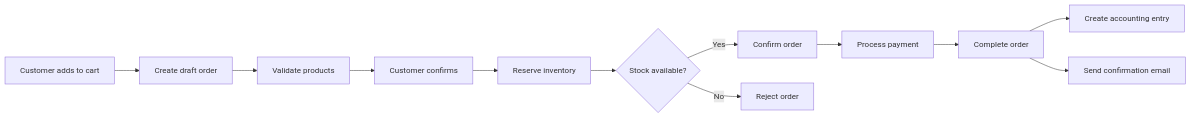
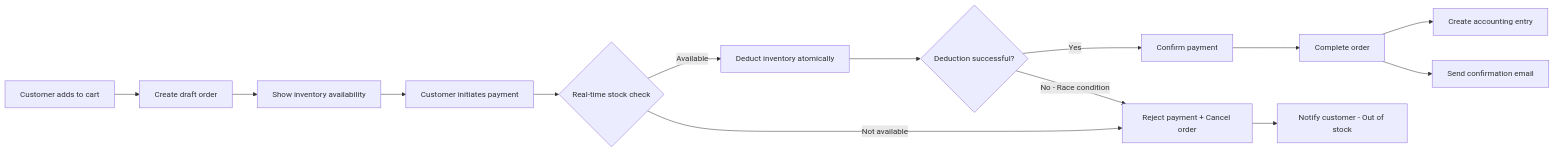
The first of 3 diagrams in docs/MICROSERVICES_INTEGRATION_ROADMAP.md (lukmanha083/kidkazz), drawn with Mermaid before and after one commit. The commit also changed other lines of this file, not shown here.

First line of the commit message:
Update Order Service to first-pay-first-served model with real-time inventory

````diff
--- a/docs/MICROSERVICES_INTEGRATION_ROADMAP.md
+++ b/docs/MICROSERVICES_INTEGRATION_ROADMAP.md
@@ -854,14 +863,16 @@
 ```mermaid
 graph LR
     A[Customer adds to cart] --> B[Create draft order]
-    B --> C[Validate products]
-    C --> D[Customer confirms]
-    D --> E[Reserve inventory]
-    E --> F{Stock available?}
-    F -->|Yes| G[Confirm order]
-    F -->|No| H[Reject order]
-    G --> I[Process payment]
+    B --> C[Show inventory availability]
+    C --> D[Customer initiates payment]
+    D --> E{Real-time stock check}
+    E -->|Available| F[Deduct inventory atomically]
+    E -->|Not available| G[Reject payment + Cancel order]
+    F --> H{Deduction successful?}
+    H -->|Yes| I[Confirm payment]
+    H -->|No - Race condition| G
     I --> J[Complete order]
     J --> K[Create accounting entry]
     J --> L[Send confirmation email]
+    G --> M[Notify customer - Out of stock]
 ```
````
